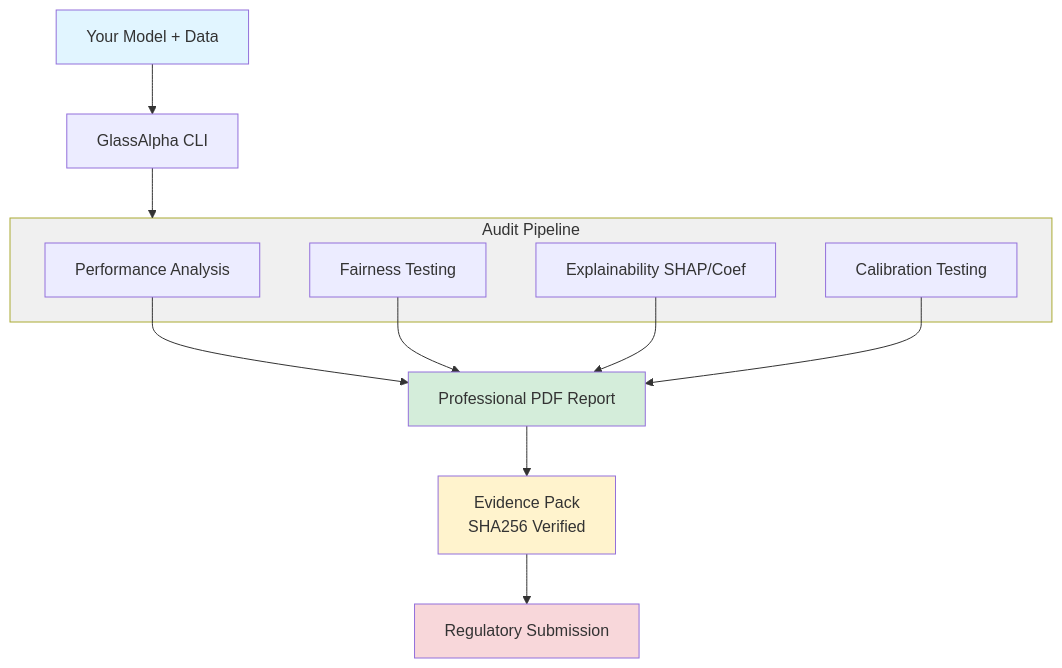
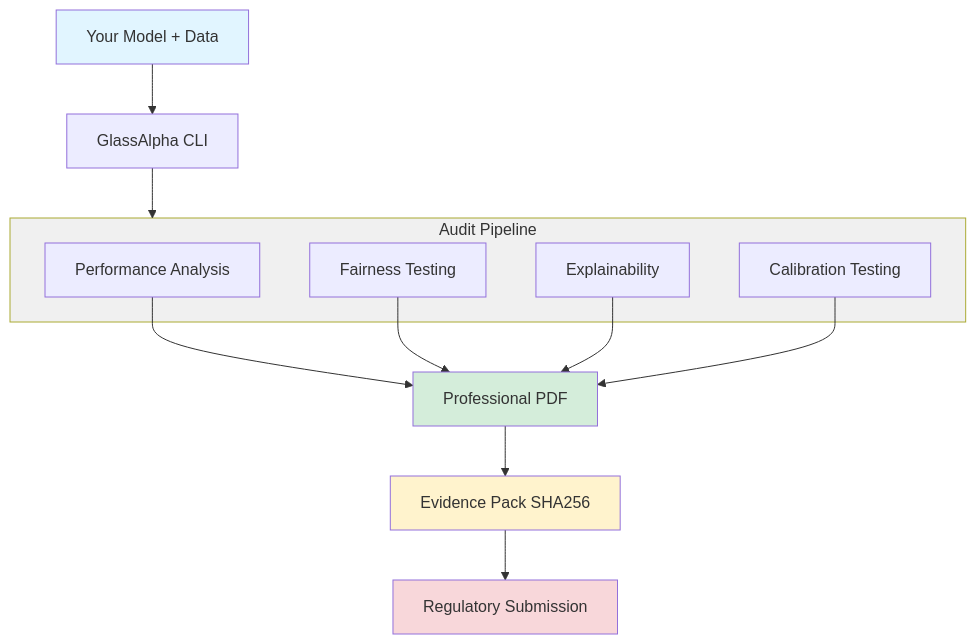
The diagram in site/docs/index.md (asibic/glassalpha), drawn with Mermaid before and after one commit. The commit also changed 14 other files, not shown here.

````diff
--- a/site/docs/index.md
+++ b/site/docs/index.md
@@ -16,31 +18,29 @@
 ```mermaid
 graph TB
     A[Your Model + Data]
-    B[GlassAlpha CLI]
+    A --> B[GlassAlpha CLI]
+
+    B --> Pipeline
 
     subgraph Pipeline[Audit Pipeline]
         D[Performance Analysis]
         E[Fairness Testing]
-        F[Explainability SHAP/Coef]
+        F[Explainability]
         G[Calibration Testing]
     end
 
-    H[Professional PDF Report]
-    I[Evidence Pack<br/>SHA256 Verified]
-    J[Regulatory Submission]
-
-    A --> B
-    B --> Pipeline
     D --> H
     E --> H
     F --> H
     G --> H
-    H --> I
-    I --> J
+
+    H[Professional PDF]
+    H --> I[Evidence Pack SHA256]
+    I --> J[Regulatory Submission]
 
     style A fill:#e1f5ff
     style Pipeline fill:#f0f0f0
     style H fill:#d4edda
     style I fill:#fff3cd
     style J fill:#f8d7da
 ```
````
